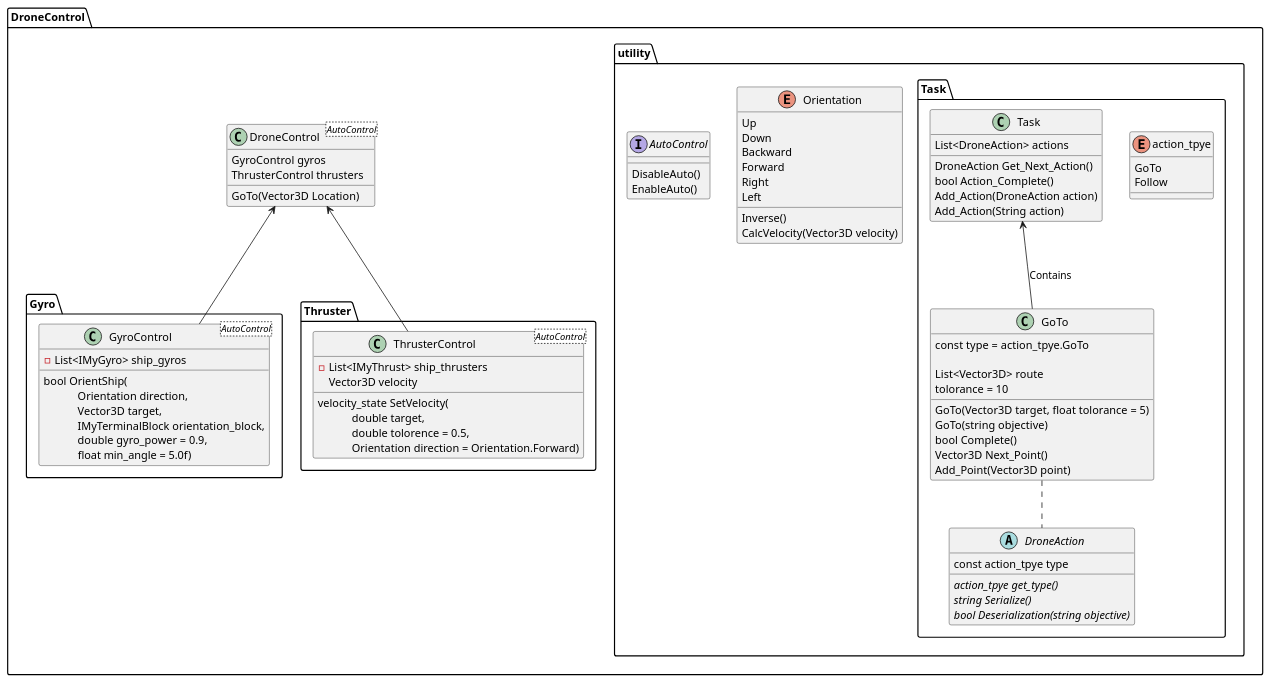
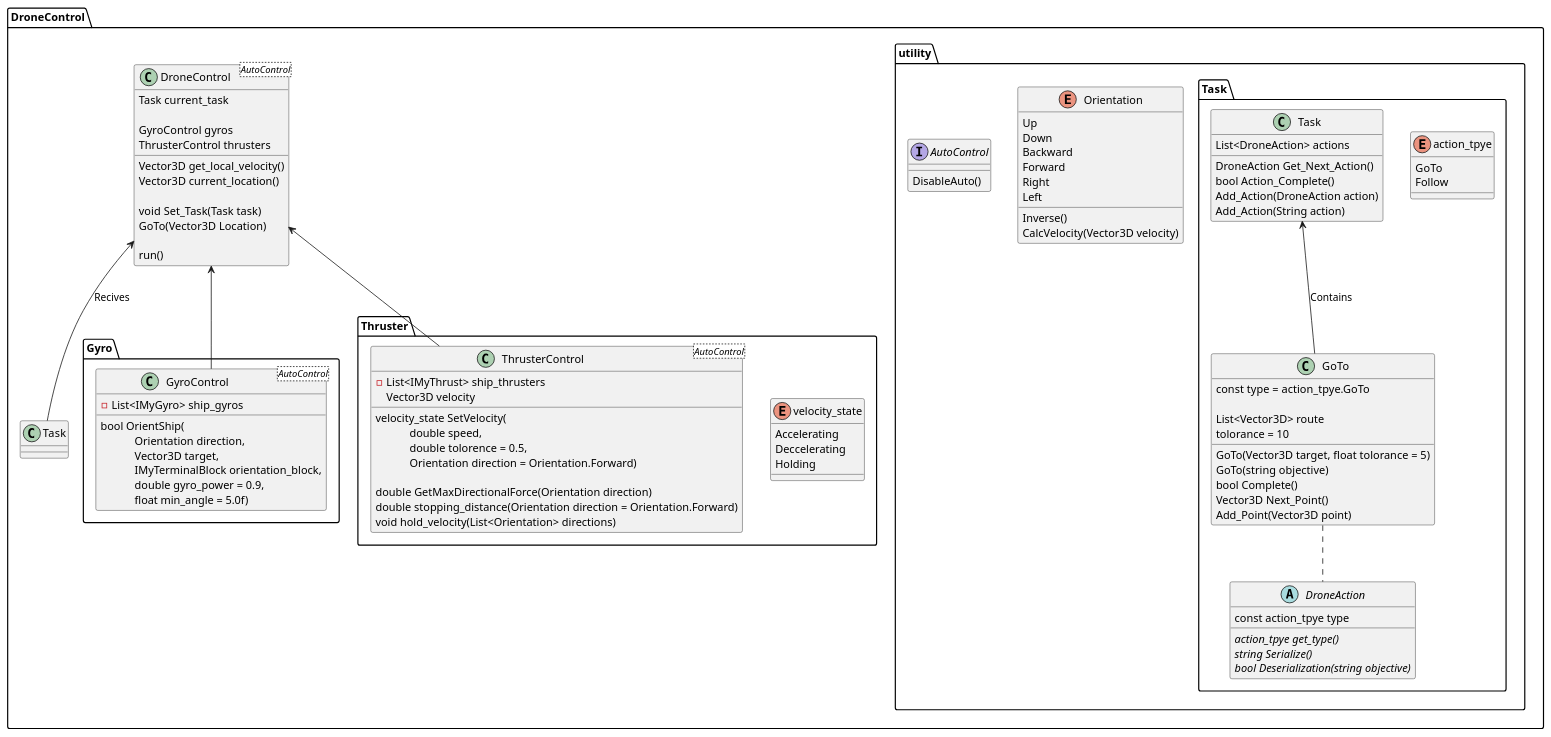
One commit to jacob7395/DroneControl changed the diagram in Design/SpecDiagram.pu. Above: the diagram before and after it, drawn with PlantUML.

Commit message:
Update SpecDiagram.pu
Added more detail to the spec diagram.

```diff
--- a/Design/SpecDiagram.pu
+++ b/Design/SpecDiagram.pu
@@ -1,98 +1,117 @@
 package DroneControl {
 
     package utility {
         enum Orientation {
             Up
             Down
             Backward
             Forward
             Right
             Left
 
             Inverse()
             CalcVelocity(Vector3D velocity)
         }
 
         interface AutoControl {
             DisableAuto()
-            EnableAuto()
         }
 
         package Task {
 
             enum action_tpye {
                 GoTo
                 Follow
             }
 
             abstract DroneAction {
                 const action_tpye type
 
                 {abstract} action_tpye get_type()
                 {abstract} string Serialize()
                 {abstract} bool Deserialization(string objective)
             }
 
             class GoTo {
                 const type = action_tpye.GoTo
 
                 List<Vector3D> route
                 tolorance = 10
 
                 GoTo(Vector3D target, float tolorance = 5)
                 GoTo(string objective)
                 bool Complete()
                 Vector3D Next_Point()
                 Add_Point(Vector3D point)
             }     
 
             class Task {
                 List<DroneAction> actions
 
                 DroneAction Get_Next_Action()
                 bool Action_Complete()
                 Add_Action(DroneAction action)
                 Add_Action(String action)
             }
 
             GoTo .. DroneAction
             Task <-- GoTo : Contains
         }
     }
 
     package Gyro {
         class GyroControl <AutoControl>{
             -List<IMyGyro> ship_gyros
 
             bool OrientShip(\n\
             Orientation direction,\n\
             Vector3D target,\n\
             IMyTerminalBlock orientation_block,\n\
             double gyro_power = 0.9,\n\
             float min_angle = 5.0f)
 
         }
     }
 
     package Thruster {
+        enum velocity_state
+        {
+            Accelerating
+            Deccelerating
+            Holding
+        }
+
         class ThrusterControl <AutoControl>{
             -List<IMyThrust> ship_thrusters
             Vector3D velocity
 
             velocity_state SetVelocity(\n\
-            double target,\n\
+            double speed,\n\
             double tolorence = 0.5,\n\
             Orientation direction = Orientation.Forward)
+
+            double GetMaxDirectionalForce(Orientation direction)
+            double stopping_distance(Orientation direction = Orientation.Forward)
+            void hold_velocity(List<Orientation> directions)
         }
     }
 
     class DroneControl <AutoControl>{
+        Task current_task
+        
         GyroControl gyros
         ThrusterControl thrusters
 
+        Vector3D get_local_velocity()
+        Vector3D current_location()
+
+        void Set_Task(Task task)
         GoTo(Vector3D Location)
+
+        run()
     }
 
     DroneControl <-- ThrusterControl
     DroneControl <-- GyroControl
+    DroneControl <-- Task : Recives
 }
```
